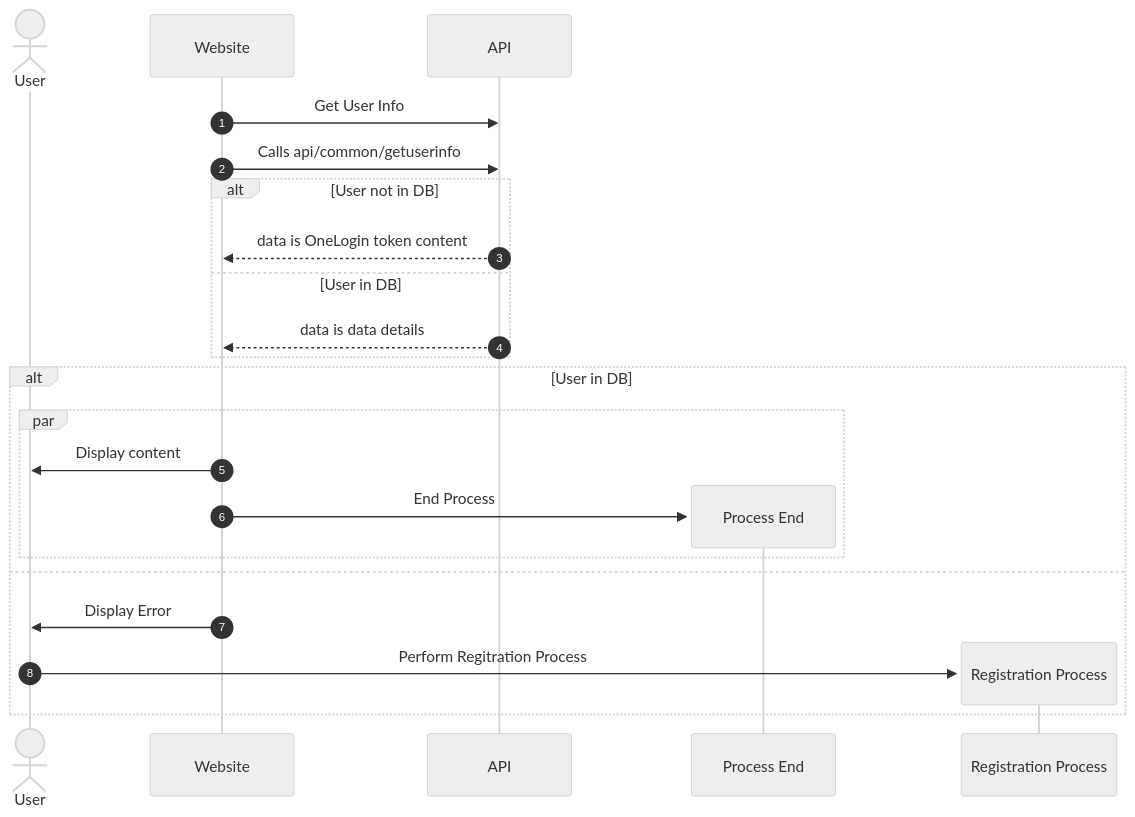
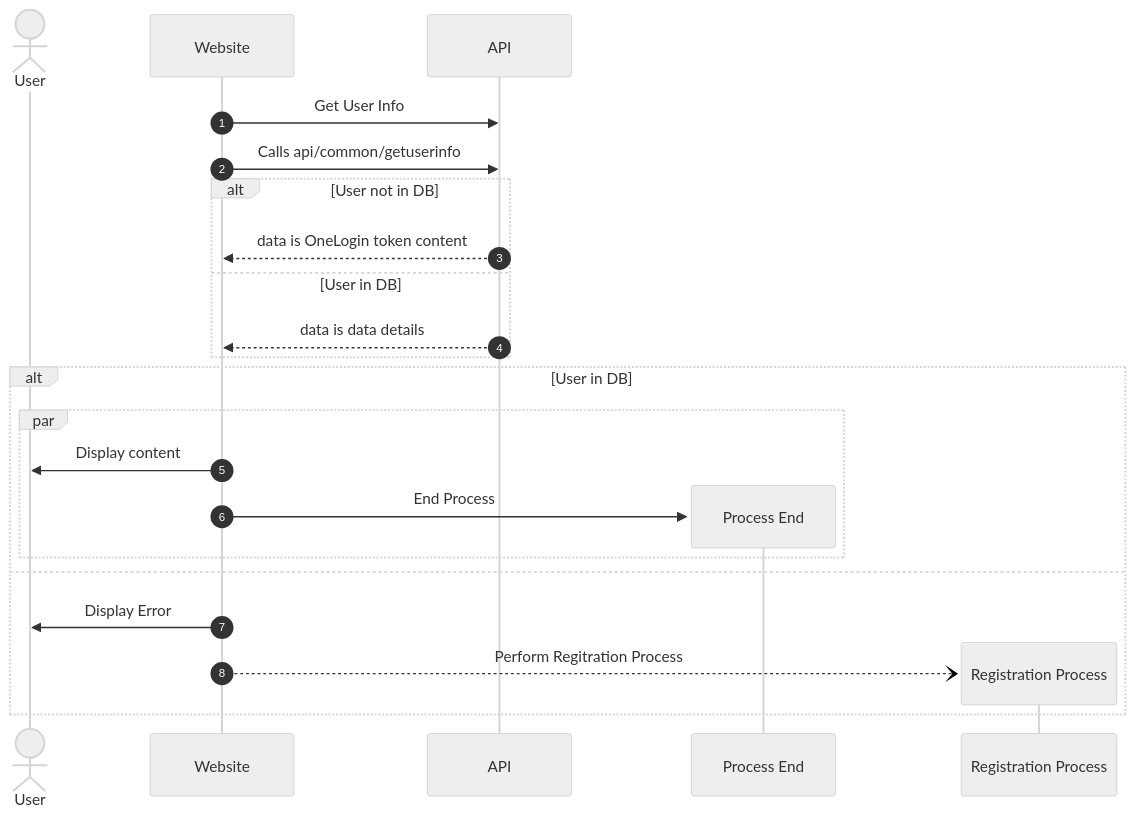
The second of 3 diagrams in test-login-process.md (irwints-ph/demo), drawn with Mermaid (neutral theme) before and after one commit. The commit also changed other lines of this file, not shown here.

````diff
--- a/test-login-process.md
+++ b/test-login-process.md
@@ -43,28 +39,28 @@
 ```mermaid
 sequenceDiagram
   autonumber
     actor User
     participant FE as Website
     participant API
     
     
 
     FE->>API: Get User Info
     FE->>API: Calls api/common/getuserinfo
     alt User not in DB
         API-->>FE: data is OneLogin token content
     else User in DB
         API-->>FE: data is data details
     end
     alt User in DB
         par
         FE->>User: Display content
         create participant E as Process End
         FE->>E: End Process
         end
     else
         FE->>User: Display Error
         create participant R as Registration Process
-        User->>R: Perform Regitration Process
+        FE--)R: Perform Regitration Process
     end
 ```
````
